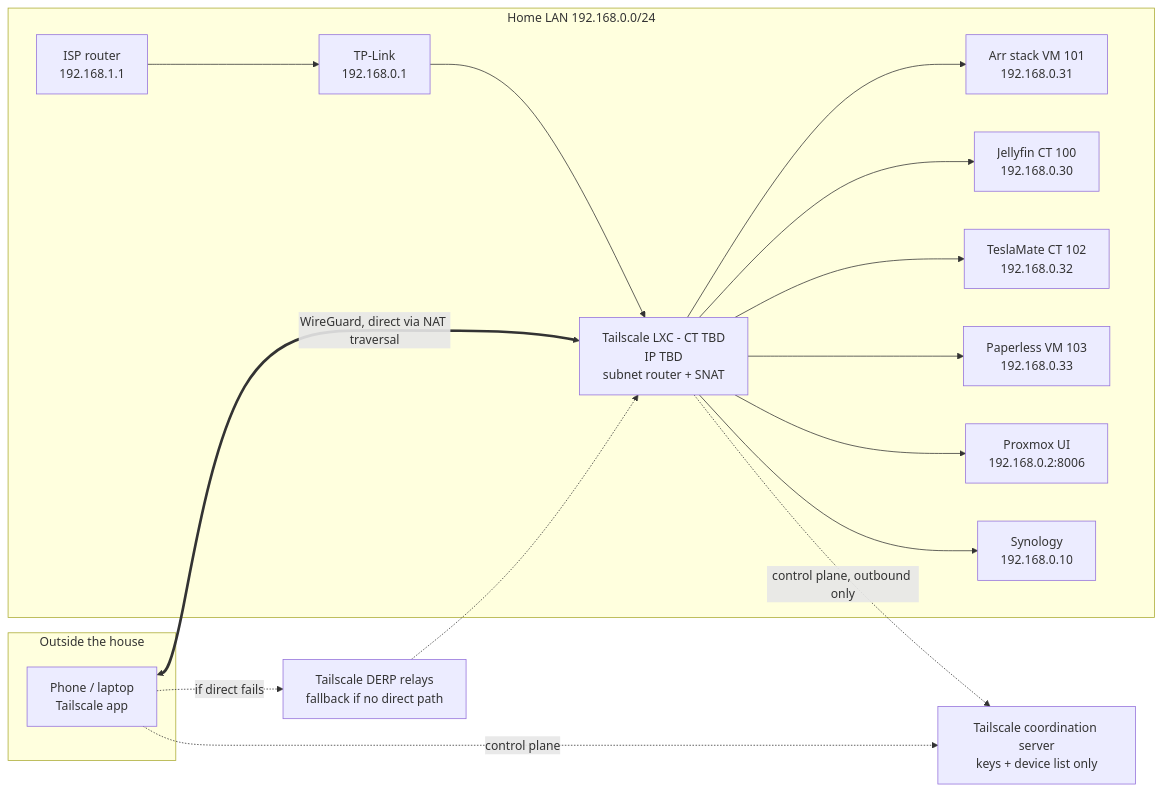
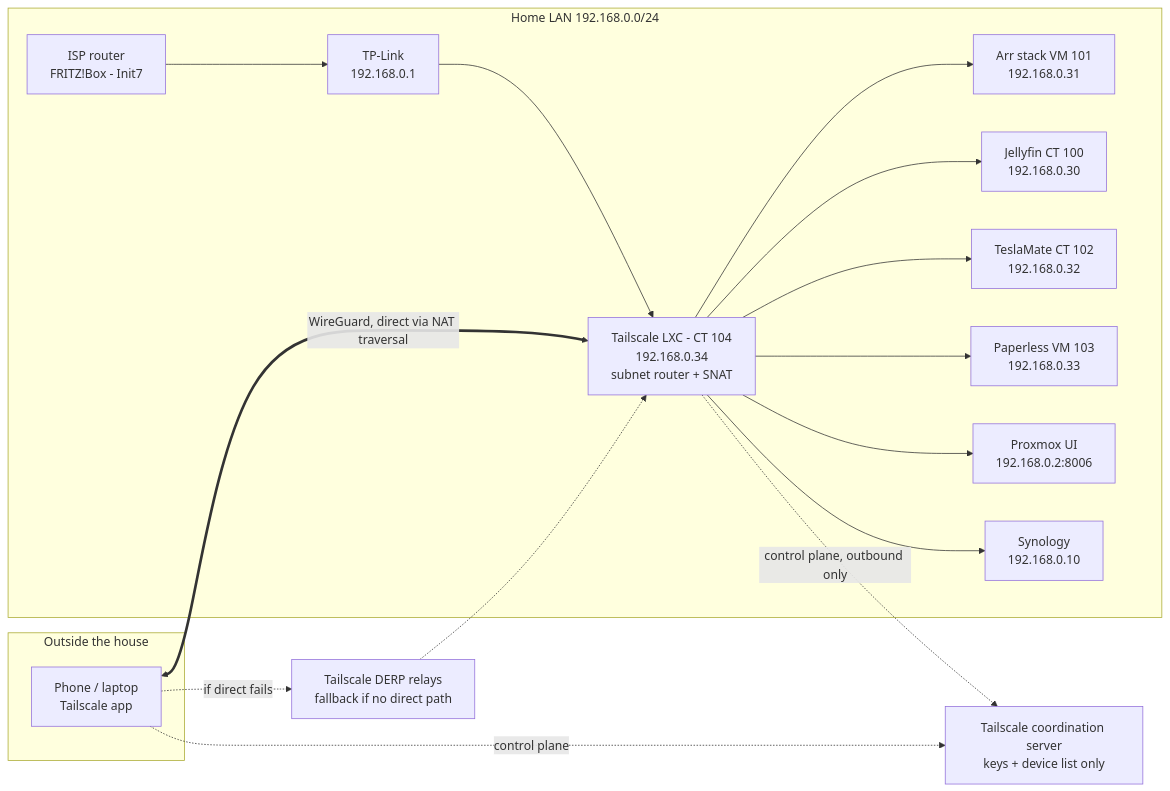
Before and after one commit to Rhod3/homelab: the diagram in services/tailscale/README.md, drawn with Mermaid. The commit also changed other lines of this file and 8 other files, not shown here.

````diff
--- a/services/tailscale/README.md
+++ b/services/tailscale/README.md
@@ -13,25 +13,25 @@
 ```mermaid
 flowchart LR
     subgraph Remote[Outside the house]
         Phone[Phone / laptop<br/>Tailscale app]
     end
 
     Coord[Tailscale coordination server<br/>keys + device list only]
     DERP[Tailscale DERP relays<br/>fallback if no direct path]
 
     subgraph Home[Home LAN 192.168.0.0/24]
-        ISP[ISP router<br/>192.168.1.1] --> TPL[TP-Link<br/>192.168.0.1]
-        TPL --> TSR[Tailscale LXC - CT TBD<br/>IP TBD<br/>subnet router + SNAT]
+        ISP[ISP router<br/>FRITZ!Box - Init7] --> TPL[TP-Link<br/>192.168.0.1]
+        TPL --> TSR[Tailscale LXC - CT 104<br/>192.168.0.34<br/>subnet router + SNAT]
         TSR --> ARR[Arr stack VM 101<br/>192.168.0.31]
         TSR --> JF[Jellyfin CT 100<br/>192.168.0.30]
         TSR --> TM[TeslaMate CT 102<br/>192.168.0.32]
         TSR --> PL[Paperless VM 103<br/>192.168.0.33]
         TSR --> PVE[Proxmox UI<br/>192.168.0.2:8006]
         TSR --> NAS[Synology<br/>192.168.0.10]
     end
 
     Phone -. control plane .-> Coord
     TSR -. control plane, outbound only .-> Coord
     Phone <==>|WireGuard, direct via NAT traversal| TSR
     Phone -. if direct fails .-> DERP -.-> TSR
 ```
````
